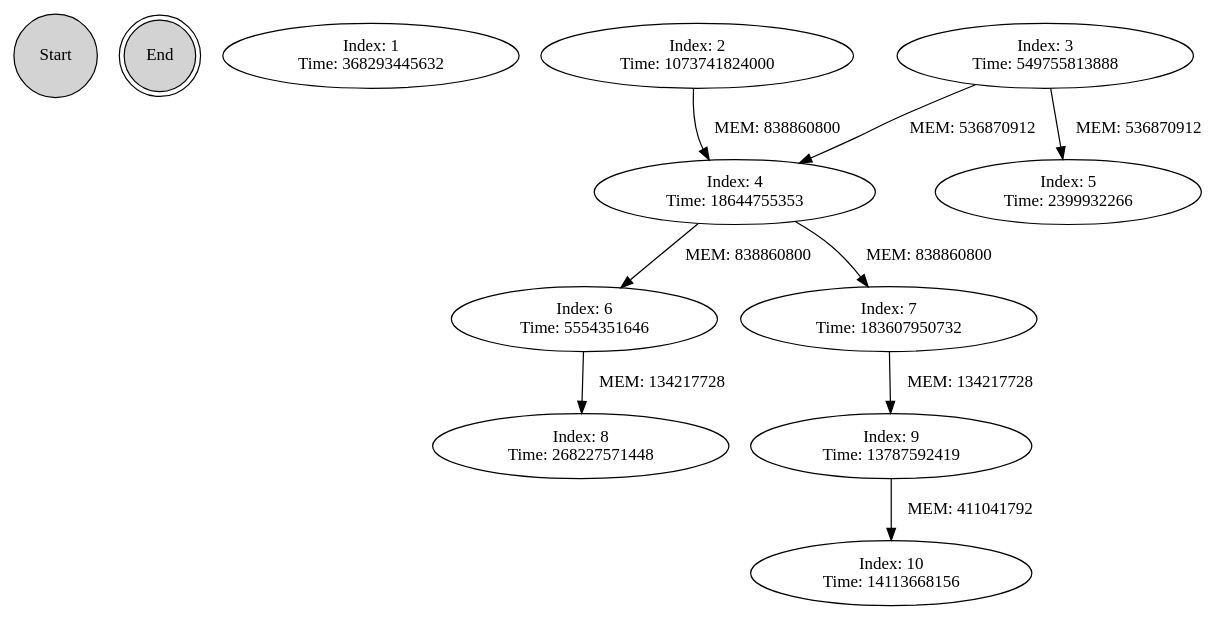
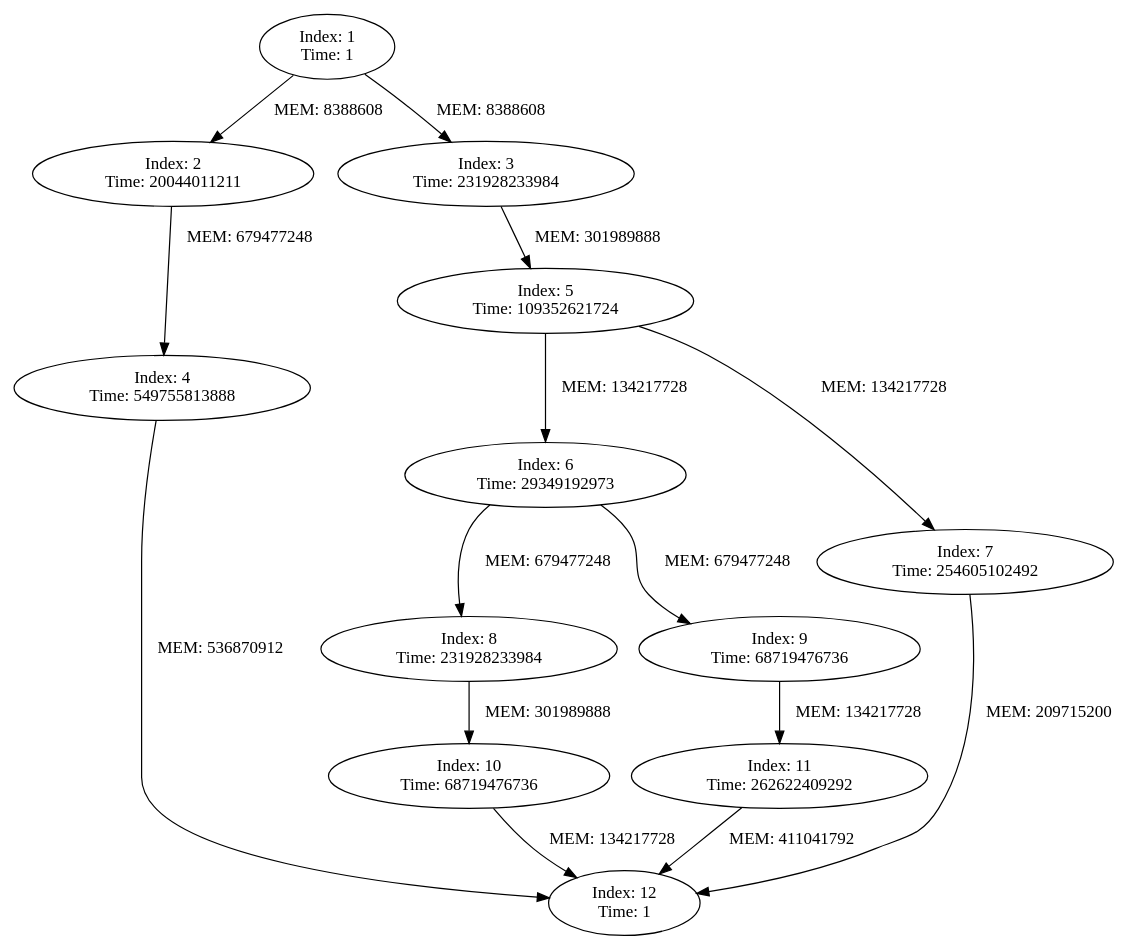
Before and after one commit to 0gaowei/quickDAG: the diagram in dag_src/modified_dag.dot, drawn with Graphviz. The commit also changed 6 other files, not shown here.

```diff
--- a/dag_src/modified_dag.dot
+++ b/dag_src/modified_dag.dot
@@ -1,36 +1,42 @@
-// DAG automatically generated by daggen at Mon May 12 11:38:29 2025
-// ./daggen -n 10 -o ../dag_src/dag-default.txt --dot 
+// DAG automatically generated by daggen at Mon May 12 11:58:23 2025
+// ./daggen -n 10 -o dag-default.txt --dot 
 digraph G {
-S [label="Start", shape=circle, style=filled, fillcolor=lightgrey]
-T [label="End", shape=doublecircle, style=filled, fillcolor=lightgrey]
-  1 [size="368293445632", alpha="0.13", label="Index: 1 
- Time: 368293445632"]
-  2 [size="1073741824000", alpha="0.11", label="Index: 2 
- Time: 1073741824000"]
-  2 -> 4 [size="838860800", label="MEM: 838860800"]
-  3 [size="549755813888", alpha="0.00", label="Index: 3 
+  1 [size="1", alpha="1.00", label="Index: 1 
+ Time: 1"]
+  1 -> 2 [size="8388608", label="MEM: 8388608"]
+  1 -> 3 [size="8388608", label="MEM: 8388608"]
+  2 [size="20044011211", alpha="0.19", label="Index: 2 
+ Time: 20044011211"]
+  2 -> 4 [size="679477248", label="MEM: 679477248"]
+  3 [size="231928233984", alpha="0.03", label="Index: 3 
+ Time: 231928233984"]
+  3 -> 5 [size="301989888", label="MEM: 301989888"]
+  4 [size="549755813888", alpha="0.17", label="Index: 4 
  Time: 549755813888"]
-  3 -> 4 [size="536870912", label="MEM: 536870912"]
-  3 -> 5 [size="536870912", label="MEM: 536870912"]
-  4 [size="18644755353", alpha="0.13", label="Index: 4 
- Time: 18644755353"]
-  4 -> 6 [size="838860800", label="MEM: 838860800"]
-  4 -> 7 [size="838860800", label="MEM: 838860800"]
-  5 [size="2399932266", alpha="0.14", label="Index: 5 
- Time: 2399932266"]
-  6 [size="5554351646", alpha="0.02", label="Index: 6 
- Time: 5554351646"]
-  6 -> 8 [size="134217728", label="MEM: 134217728"]
-  7 [size="183607950732", alpha="0.13", label="Index: 7 
- Time: 183607950732"]
-  7 -> 9 [size="134217728", label="MEM: 134217728"]
-  8 [size="268227571448", alpha="0.11", label="Index: 8 
- Time: 268227571448"]
-  9 [size="13787592419", alpha="0.10", label="Index: 9 
- Time: 13787592419"]
-  9 -> 10 [size="411041792", label="MEM: 411041792"]
-  10 [size="14113668156", alpha="0.08", label="Index: 10 
- Time: 14113668156"]
-
-
+  4 -> 12 [size="536870912", label="MEM: 536870912"]
+  5 [size="109352621724", alpha="0.11", label="Index: 5 
+ Time: 109352621724"]
+  5 -> 6 [size="134217728", label="MEM: 134217728"]
+  5 -> 7 [size="134217728", label="MEM: 134217728"]
+  6 [size="29349192973", alpha="0.09", label="Index: 6 
+ Time: 29349192973"]
+  6 -> 8 [size="679477248", label="MEM: 679477248"]
+  6 -> 9 [size="679477248", label="MEM: 679477248"]
+  7 [size="254605102492", alpha="0.10", label="Index: 7 
+ Time: 254605102492"]
+  7 -> 12 [size="209715200", label="MEM: 209715200"]
+  8 [size="231928233984", alpha="0.19", label="Index: 8 
+ Time: 231928233984"]
+  8 -> 10 [size="301989888", label="MEM: 301989888"]
+  9 [size="68719476736", alpha="0.02", label="Index: 9 
+ Time: 68719476736"]
+  9 -> 11 [size="134217728", label="MEM: 134217728"]
+  10 [size="68719476736", alpha="0.16", label="Index: 10 
+ Time: 68719476736"]
+  10 -> 12 [size="134217728", label="MEM: 134217728"]
+  11 [size="262622409292", alpha="0.05", label="Index: 11 
+ Time: 262622409292"]
+  11 -> 12 [size="411041792", label="MEM: 411041792"]
+  12 [size="1", alpha="1.00", label="Index: 12 
+ Time: 1"]
 }
```
